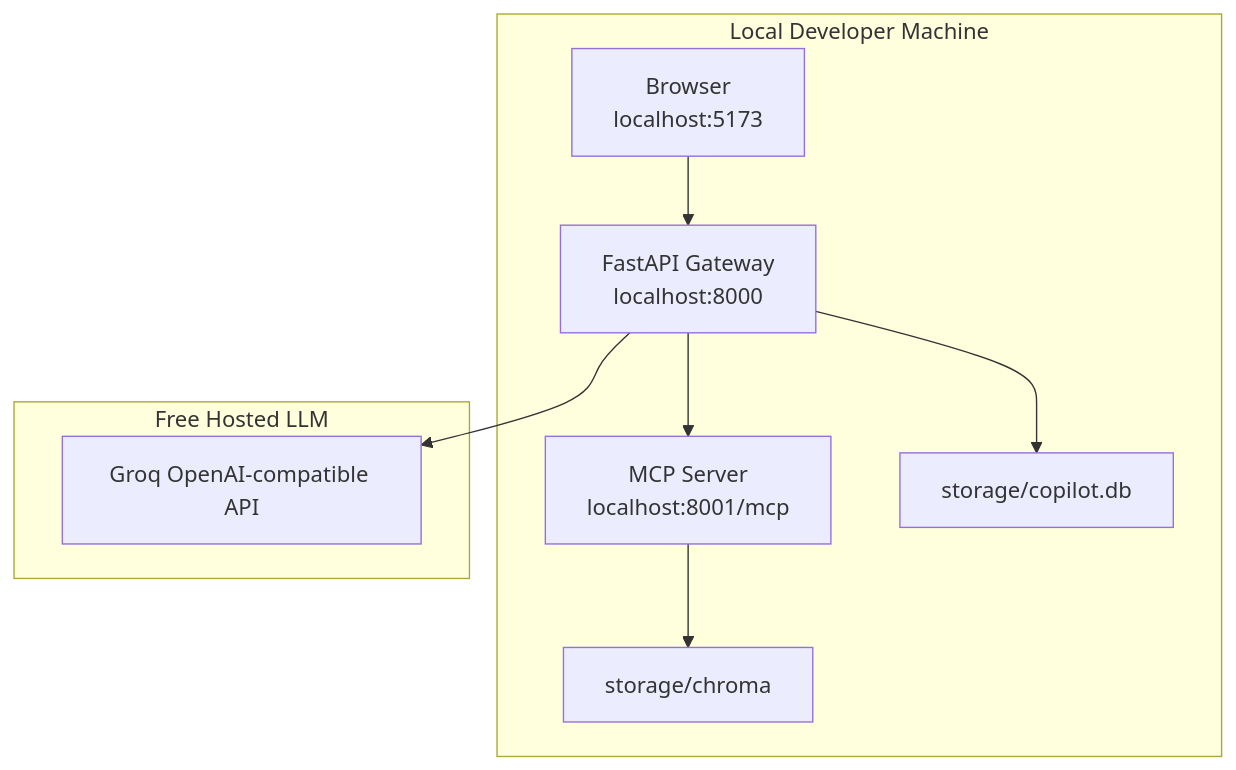
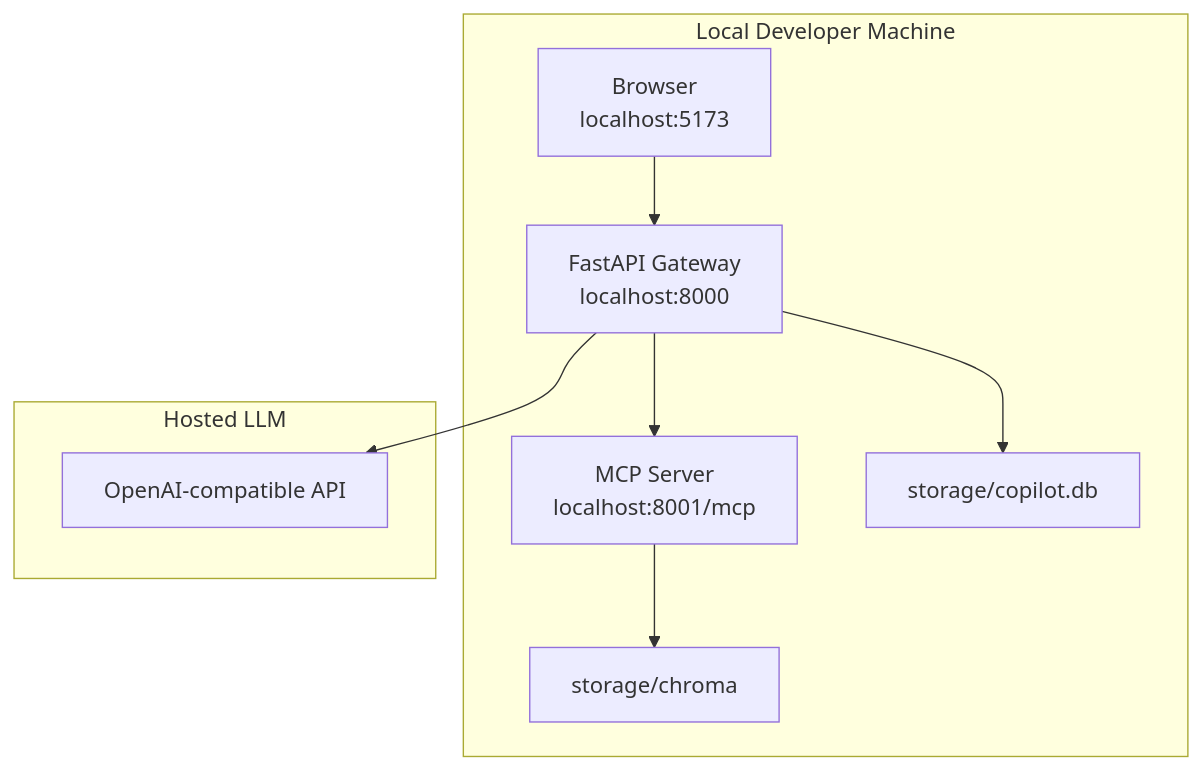
Before and after one commit to katrevula/enterprise-knowledge-copilot: the third of 4 diagrams in docs/DIAGRAMS.md, drawn with Mermaid. The commit also changed other lines of this file and 18 other files, not shown here.

````diff
--- a/docs/DIAGRAMS.md
+++ b/docs/DIAGRAMS.md
@@ -55,20 +55,20 @@
 ```mermaid
 flowchart TB
     subgraph "Local Developer Machine"
         browser["Browser<br/>localhost:5173"]
         fastapi["FastAPI Gateway<br/>localhost:8000"]
         mcpserver["MCP Server<br/>localhost:8001/mcp"]
         chroma["storage/chroma"]
         sqlite["storage/copilot.db"]
     end
 
-    subgraph "Free Hosted LLM"
-        groq["Groq OpenAI-compatible API"]
+    subgraph "Hosted LLM"
+        llm["OpenAI-compatible API"]
     end
 
     browser --> fastapi
-    fastapi --> groq
+    fastapi --> llm
     fastapi --> mcpserver
     mcpserver --> chroma
     fastapi --> sqlite
 ```
````
